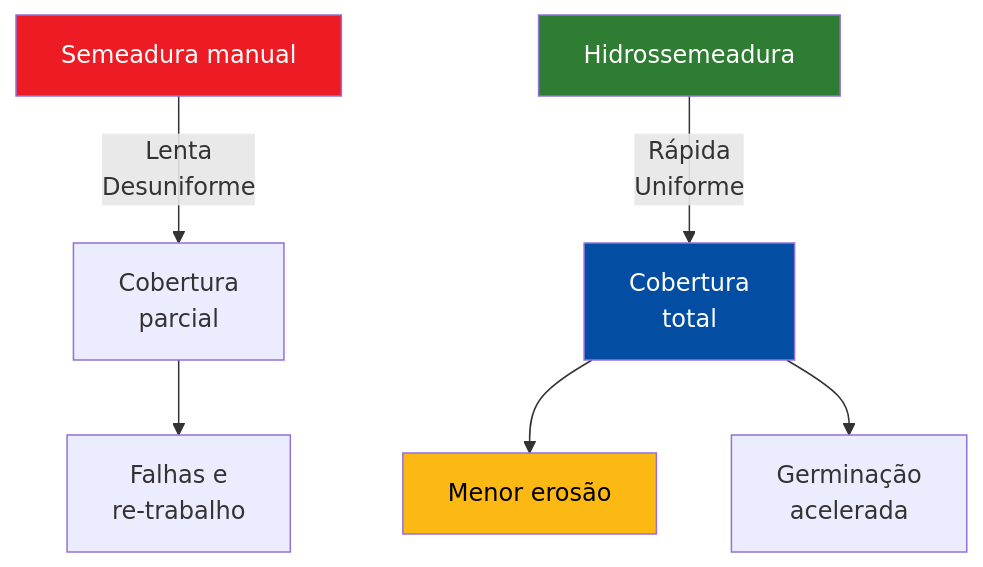
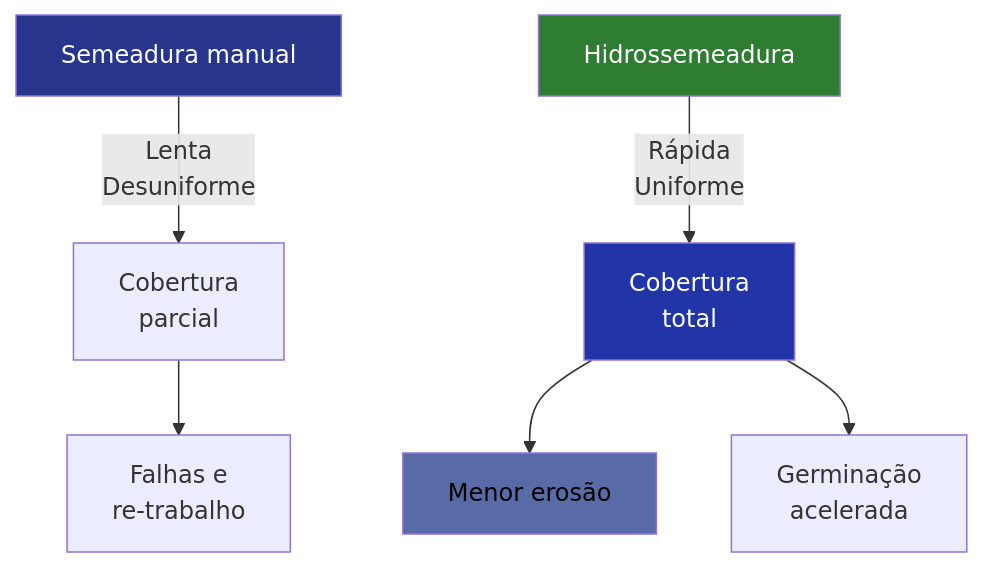
The first of 6 diagrams in aulas/bioengenharia_de_solos/aulas/hidrossemeadura/hidrossemeadura.qmd (ldvsantos/cv), drawn with Mermaid before and after one commit. The commit also changed other lines of this file and 466 other files, not shown here.

````diff
--- a/aulas/bioengenharia_de_solos/aulas/hidrossemeadura/hidrossemeadura.qmd
+++ b/aulas/bioengenharia_de_solos/aulas/hidrossemeadura/hidrossemeadura.qmd
@@ -138,13 +136,13 @@
 ```{mermaid}
 %%| fig-width: 4.5
 graph TD
     A["Semeadura manual"] -->|"Lenta<br>Desuniforme"| C["Cobertura<br>parcial"]
     B["Hidrossemeadura"] -->|"Rápida<br>Uniforme"| D["Cobertura<br>total"]
     D --> E["Menor erosão"]
     D --> F["Germinação<br>acelerada"]
     C --> G["Falhas e<br>re-trabalho"]
-    style A fill:#ED1C24,color:#fff
+    style A fill:#27368C,color:#fff
     style B fill:#2E7D32,color:#fff
-    style D fill:#034EA2,color:#fff
-    style E fill:#FDB913,color:#000
+    style D fill:#2135A6,color:#fff
+    style E fill:#586BA6,color:#000
 ```
````
